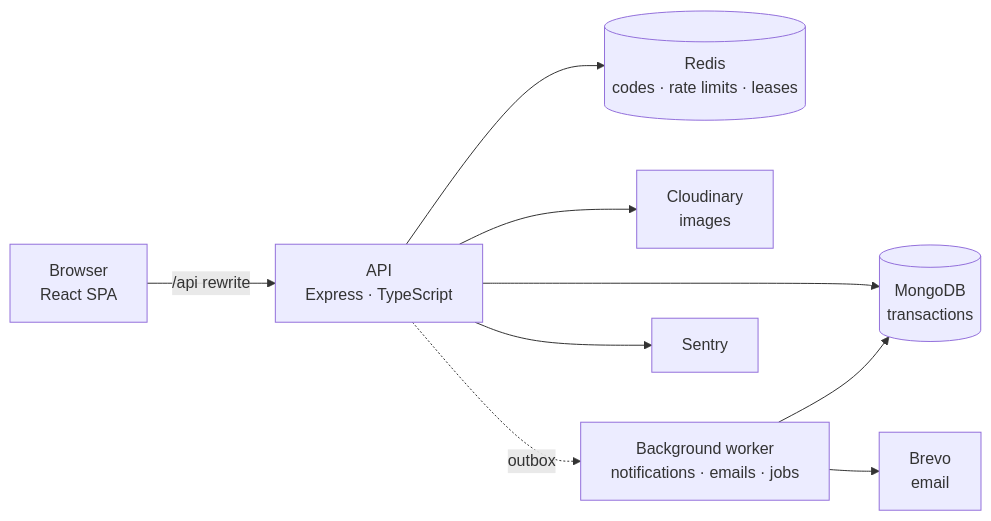
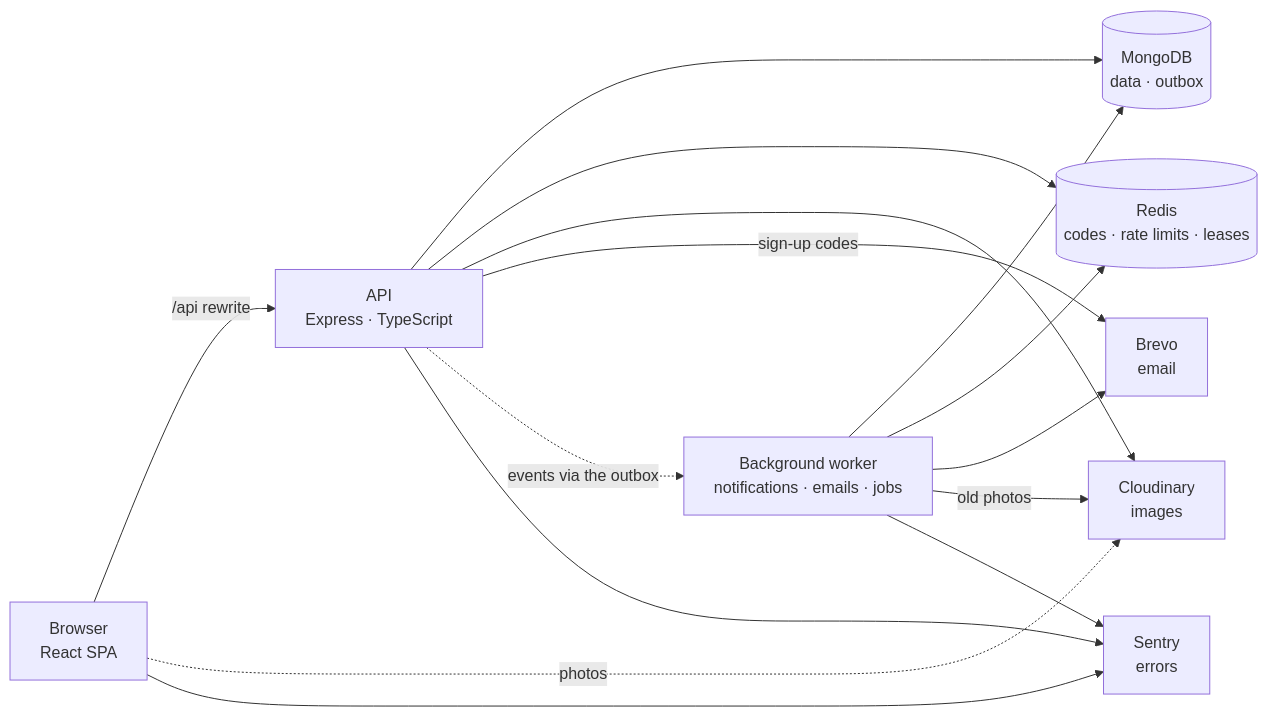
Before and after one commit to nox-pie/RU-Lost-Found: the diagram in README.md, drawn with Mermaid. The commit also changed other lines of this file and 7 other files, not shown here.

````diff
--- a/README.md
+++ b/README.md
@@ -61,11 +61,17 @@
 ```mermaid
 flowchart LR
     B[Browser<br/>React SPA] -->|/api rewrite| A[API<br/>Express · TypeScript]
-    A --> M[(MongoDB<br/>transactions)]
+    A --> M[(MongoDB<br/>data · outbox)]
     A --> R[(Redis<br/>codes · rate limits · leases)]
     A --> C[Cloudinary<br/>images]
-    A -. outbox .-> W[Background worker<br/>notifications · emails · jobs]
+    B -. photos .-> C
+    A -->|sign-up codes| E[Brevo<br/>email]
+    A -. events via the outbox .-> W[Background worker<br/>notifications · emails · jobs]
     W --> M
-    W --> E[Brevo<br/>email]
-    A --> S[Sentry]
+    W --> R
+    W --> E
+    W -->|old photos| C
+    A --> S[Sentry<br/>errors]
+    W --> S
+    B --> S
 ```
````
